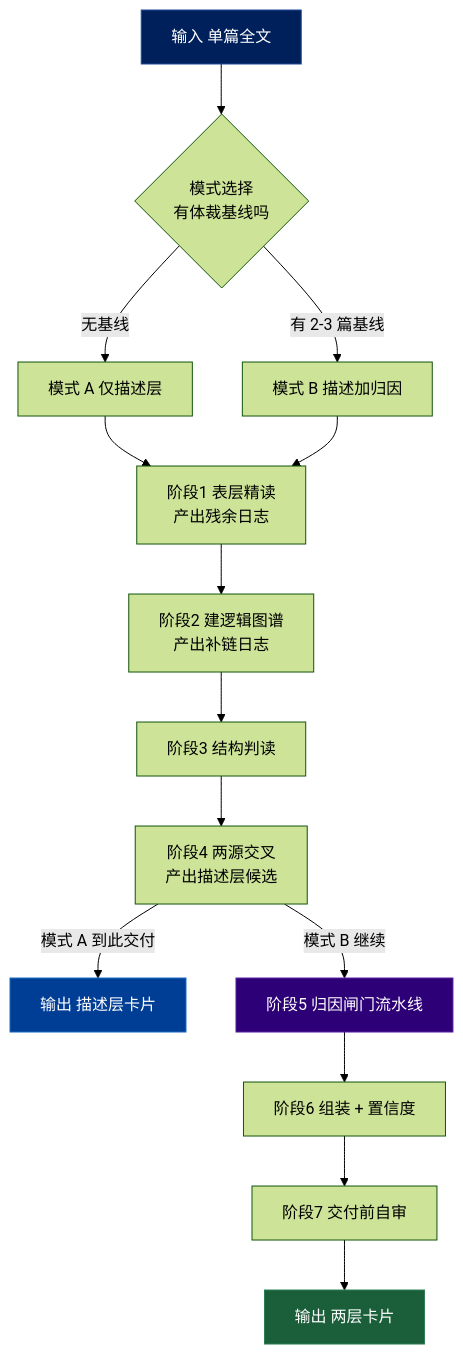
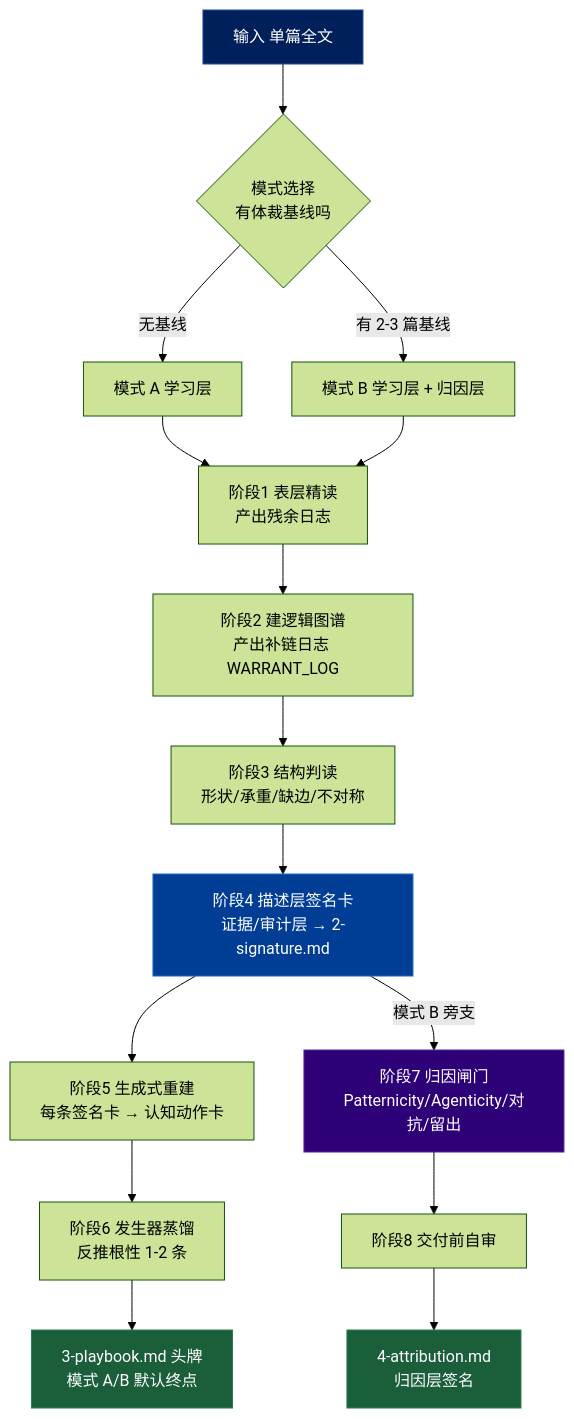
Before and after one commit to harveyzhang814/harveyz-skill: the first of 2 diagrams in skills/experiment/extract-cognition/SKILL.md, drawn with Mermaid (forest theme). The commit also changed other lines of this file, not shown here.

````diff
--- a/skills/experiment/extract-cognition/SKILL.md
+++ b/skills/experiment/extract-cognition/SKILL.md
@@ -113,23 +116,26 @@
 ```mermaid
 flowchart TD
     IN["输入 单篇全文"] --> P0{"模式选择<br/>有体裁基线吗"}
-    P0 -->|"无基线"| MA["模式 A 仅描述层"]
-    P0 -->|"有 2-3 篇基线"| MB["模式 B 描述加归因"]
+    P0 -->|"无基线"| MA["模式 A 学习层"]
+    P0 -->|"有 2-3 篇基线"| MB["模式 B 学习层 + 归因层"]
 
     MA --> P1["阶段1 表层精读<br/>产出残余日志"]
     MB --> P1
-    P1 --> P2["阶段2 建逻辑图谱<br/>产出补链日志"]
-    P2 --> P3["阶段3 结构判读"]
-    P3 --> P4["阶段4 两源交叉<br/>产出描述层候选"]
+    P1 --> P2["阶段2 建逻辑图谱<br/>产出补链日志 WARRANT_LOG"]
+    P2 --> P3["阶段3 结构判读<br/>形状/承重/缺边/不对称"]
+    P3 --> P4["阶段4 描述层签名卡<br/>证据/审计层 → 2-signature.md"]
 
-    P4 -->|"模式 A 到此交付"| OUTA["输出 描述层卡片"]
-    P4 -->|"模式 B 继续"| GATE["阶段5 归因闸门流水线"]
-    GATE --> P6["阶段6 组装 + 置信度"]
-    P6 --> AUDIT["阶段7 交付前自审"]
-    AUDIT --> OUTB["输出 两层卡片"]
+    P4 --> P5["阶段5 生成式重建<br/>每条签名卡 → 认知动作卡"]
+    P5 --> P6["阶段6 发生器蒸馏<br/>反推根性 1-2 条"]
+    P6 --> OUTA["3-playbook.md 头牌<br/>模式 A/B 默认终点"]
+
+    P4 -->|"模式 B 旁支"| GATE["阶段7 归因闸门<br/>Patternicity/Agenticity/对抗/留出"]
+    GATE --> AUDIT["阶段8 交付前自审"]
+    AUDIT --> OUTB["4-attribution.md<br/>归因层签名"]
 
     style IN fill:#00205B,color:#fff,stroke:#1E4A9A
+    style P4 fill:#003E96,color:#fff,stroke:#1A6AC4
     style GATE fill:#2E0078,color:#fff,stroke:#5A20A0
-    style OUTA fill:#003E96,color:#fff,stroke:#1A6AC4
+    style OUTA fill:#1A5E3A,color:#fff,stroke:#2A7E50
     style OUTB fill:#1A5E3A,color:#fff,stroke:#2A7E50
 ```
````
